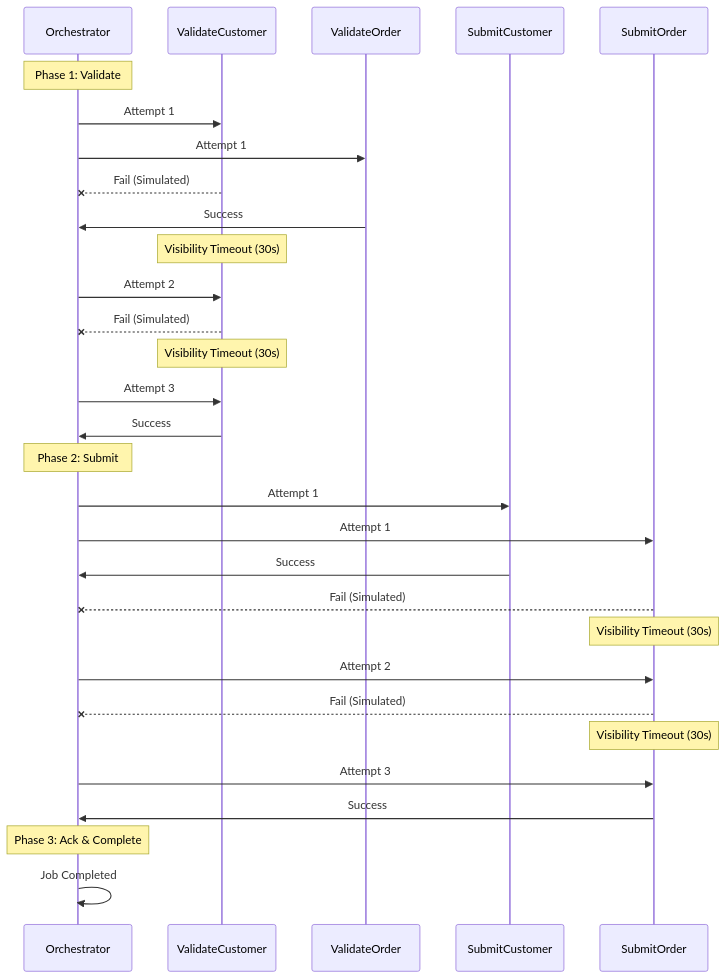
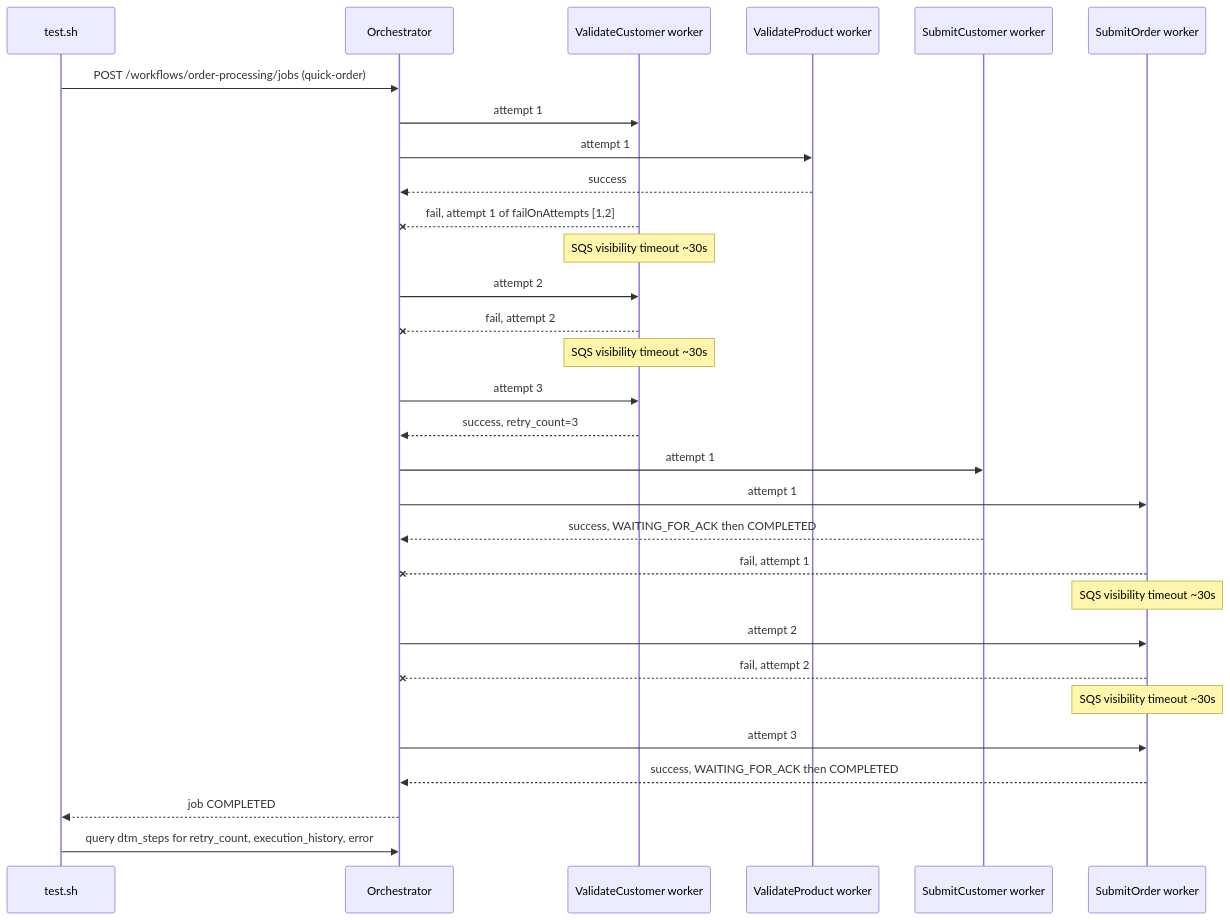
The diagram in setpoint-evals/SE-01-retry-transient-failure/README.md (inctasoft/setpoint-evals-dtm-examples), drawn with Mermaid before and after one commit. The commit also changed other lines of this file and 12 other files, not shown here.

````diff
--- a/setpoint-evals/SE-01-retry-transient-failure/README.md
+++ b/setpoint-evals/SE-01-retry-transient-failure/README.md
@@ -24,39 +21,35 @@
 ```mermaid
 sequenceDiagram
-    participant ORCH as Orchestrator
-    participant VC as ValidateCustomer
-    participant VO as ValidateOrder
-    participant SC as SubmitCustomer
-    participant SO as SubmitOrder
+    participant T as test.sh
+    participant O as Orchestrator
+    participant VC as ValidateCustomer worker
+    participant VP as ValidateProduct worker
+    participant SC as SubmitCustomer worker
+    participant SO as SubmitOrder worker
 
-    Note over ORCH: Phase 1: Validate
-    ORCH->>VC: Attempt 1
-    ORCH->>VO: Attempt 1
-    VC--xORCH: Fail (Simulated)
-    VO->>ORCH: Success
+    T->>O: POST /workflows/order-processing/jobs (quick-order)
+    O->>VC: attempt 1
+    O->>VP: attempt 1
+    VP-->>O: success
+    VC--xO: fail, attempt 1 of failOnAttempts [1,2]
+    Note over VC: SQS visibility timeout ~30s
+    O->>VC: attempt 2
+    VC--xO: fail, attempt 2
+    Note over VC: SQS visibility timeout ~30s
+    O->>VC: attempt 3
+    VC-->>O: success, retry_count=3
 
-    Note over VC: Visibility Timeout (30s)
-    ORCH->>VC: Attempt 2
-    VC--xORCH: Fail (Simulated)
+    O->>SC: attempt 1
+    O->>SO: attempt 1
+    SC-->>O: success, WAITING_FOR_ACK then COMPLETED
+    SO--xO: fail, attempt 1
+    Note over SO: SQS visibility timeout ~30s
+    O->>SO: attempt 2
+    SO--xO: fail, attempt 2
+    Note over SO: SQS visibility timeout ~30s
+    O->>SO: attempt 3
+    SO-->>O: success, WAITING_FOR_ACK then COMPLETED
 
-    Note over VC: Visibility Timeout (30s)
-    ORCH->>VC: Attempt 3
-    VC->>ORCH: Success
-
-    Note over ORCH: Phase 2: Submit
-    ORCH->>SC: Attempt 1
-    ORCH->>SO: Attempt 1
-    SC->>ORCH: Success
-    SO--xORCH: Fail (Simulated)
-
-    Note over SO: Visibility Timeout (30s)
-    ORCH->>SO: Attempt 2
-    SO--xORCH: Fail (Simulated)
-
-    Note over SO: Visibility Timeout (30s)
-    ORCH->>SO: Attempt 3
-    SO->>ORCH: Success
-
-    Note over ORCH: Phase 3: Ack & Complete
-    ORCH->>ORCH: Job Completed
+    O-->>T: job COMPLETED
+    T->>O: query dtm_steps for retry_count, execution_history, error
 ```
````
